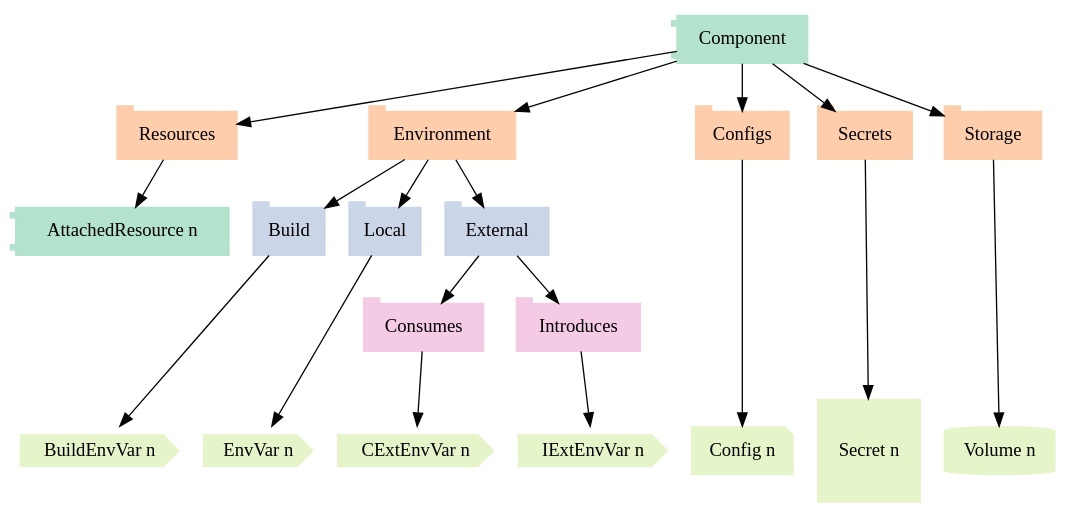
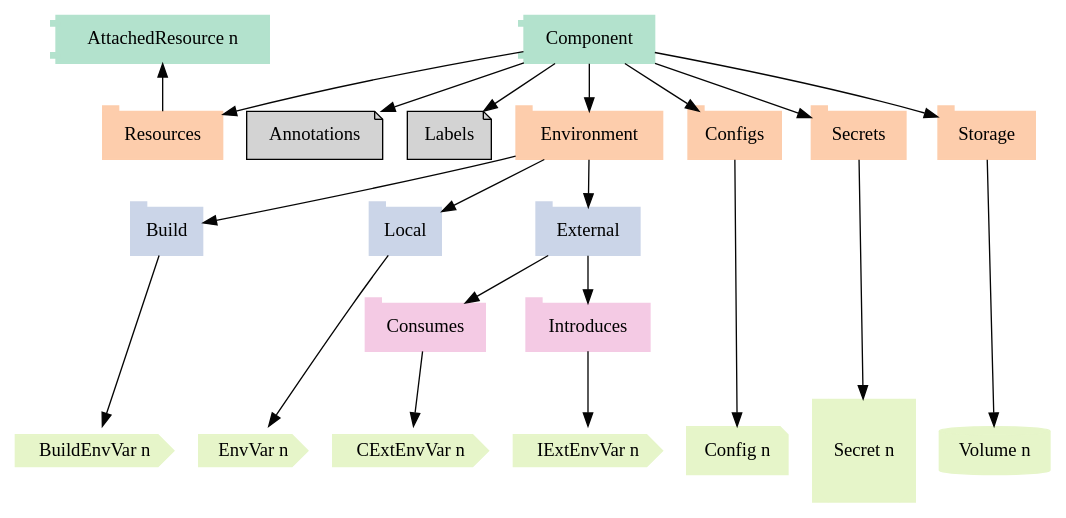
One commit to laetho/metagraf changed the diagram in doc/component.gv. Above: the diagram before and after it, drawn with Graphviz.

Commit message:
Added Annotations and Labels to the Component graph. Not happy with the layout, should probably use a sub graph (cluster) for those.

```diff
--- a/doc/component.gv
+++ b/doc/component.gv
@@ -1,72 +1,78 @@
 digraph G {
     rankdir="lr"
-		node [colorscheme=pastel25,style="filled"]
-		edge [color=gray2]
-		splines="true";
+    node [colorscheme=pastel25,style="filled"]
+    edge [color=gray2]
     /* Entities */
     Component [shape=component,color=1]
+
+    Annotations [shape=note]
+    Labels [shape=note]
 
     Resources [shape=tab,color=2]
     "AttachedResource n" [shape=component,color=1]
 
     Environment [shape=tab,color=2]
     Build [shape=tab,color=3]
     Local [shape=tab,color=3]
     External [shape=tab,color=3]
     Consumes [shape=tab,color=4]
     Introduces [shape=tab,color=4]
     "EnvVar n" [shape=cds,color=5]
     "BuildEnvVar n" [shape=cds,color=5]
     "CExtEnvVar n" [shape=cds,color=5]
     "IExtEnvVar n" [shape=cds,color=5]
 
     Configs [shape=tab,color=2]
     "Config n" [shape=note,color=5]
 
     Secrets [shape=tab,color=2]
     "Secret n" [shape=Msquare,color=5]
 
     Storage [shape=tab,color=2]
     "Volume n" [shape=cylinder,color=5]
 
+    { rank=same; Component "AttachedResource n"}
+    { rank=same; Annotations Resources }
     { rank=same; Resources Environment Configs Secrets Storage }
     { rank=same; Local External Build }
-		{ rank=same; Consumes Introduces }
-		{ rank=same; "EnvVar n" "BuildEnvVar n" "IExtEnvVar n" "CExtEnvVar n" "Config n" "Secret n" "Volume n" }
+    { rank=same; Consumes Introduces }
+    { rank=same; "EnvVar n" "BuildEnvVar n" "IExtEnvVar n" "CExtEnvVar n" "Config n" "Secret n" "Volume n" }
 
 
 
     //shortName [label="shortName", shape="|square,rectangle,circle,ellipse,triangle,plaintext,point,diamond,pentagon,hexagon,septagon,octagon,egg,trapezium,parallelogram,house,doublecircle,doubleoctagon,tripleoctagon,invtriangle,invtrapezium,invhouse,Mdiamond,Msquare,Mcircle,none,note,tab,folder,box3d|", URL="http://en.wikipedia.org/wiki/John de Fries"]
     
     /* Relationships */
+    Component -> Annotations
+    Component -> Labels
     Component -> Resources
     Component -> Environment
     Component -> Configs
     Component -> Secrets
     Component -> Storage 
 
     Environment -> Build
     Environment -> Local
     Environment -> External
 
     Build -> "BuildEnvVar n"
     Local -> "EnvVar n"
 
     External -> Consumes
     External -> Introduces
 
     Consumes -> "CExtEnvVar n"
     Introduces -> "IExtEnvVar n"
 
     Configs -> "Config n"
 
     Secrets -> "Secret n"
 
     Resources -> "AttachedResource n"
 
     Storage -> "Volume n"
 
 
     /* Ranks */
     //{ rank=lr|same,min,max,# max is bottom|; shortName; };
 }
```
